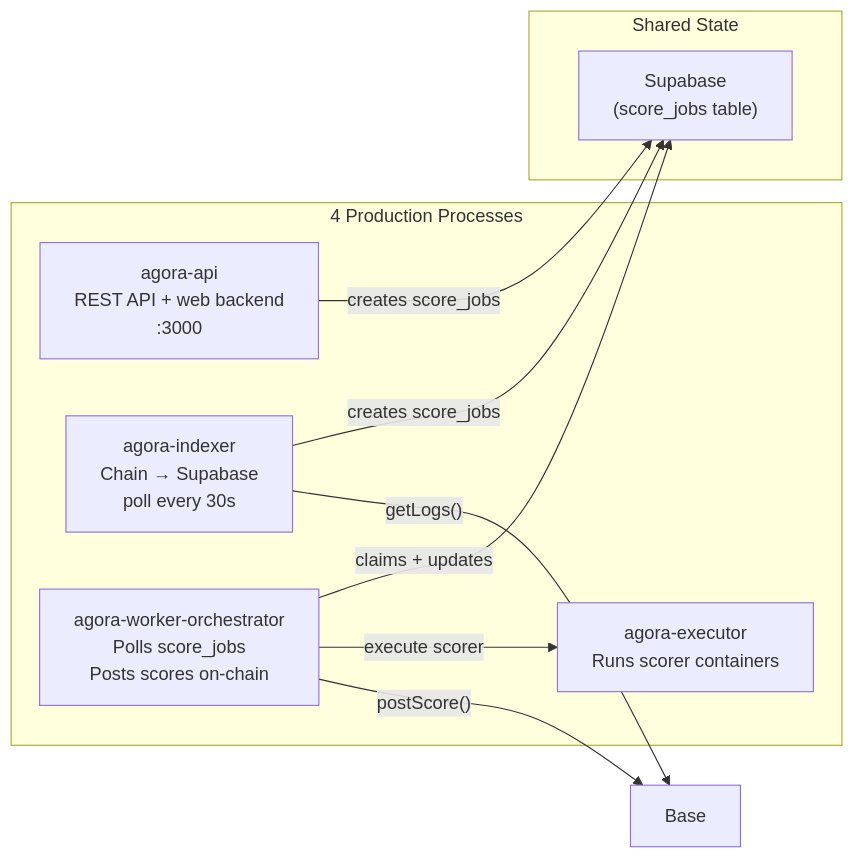
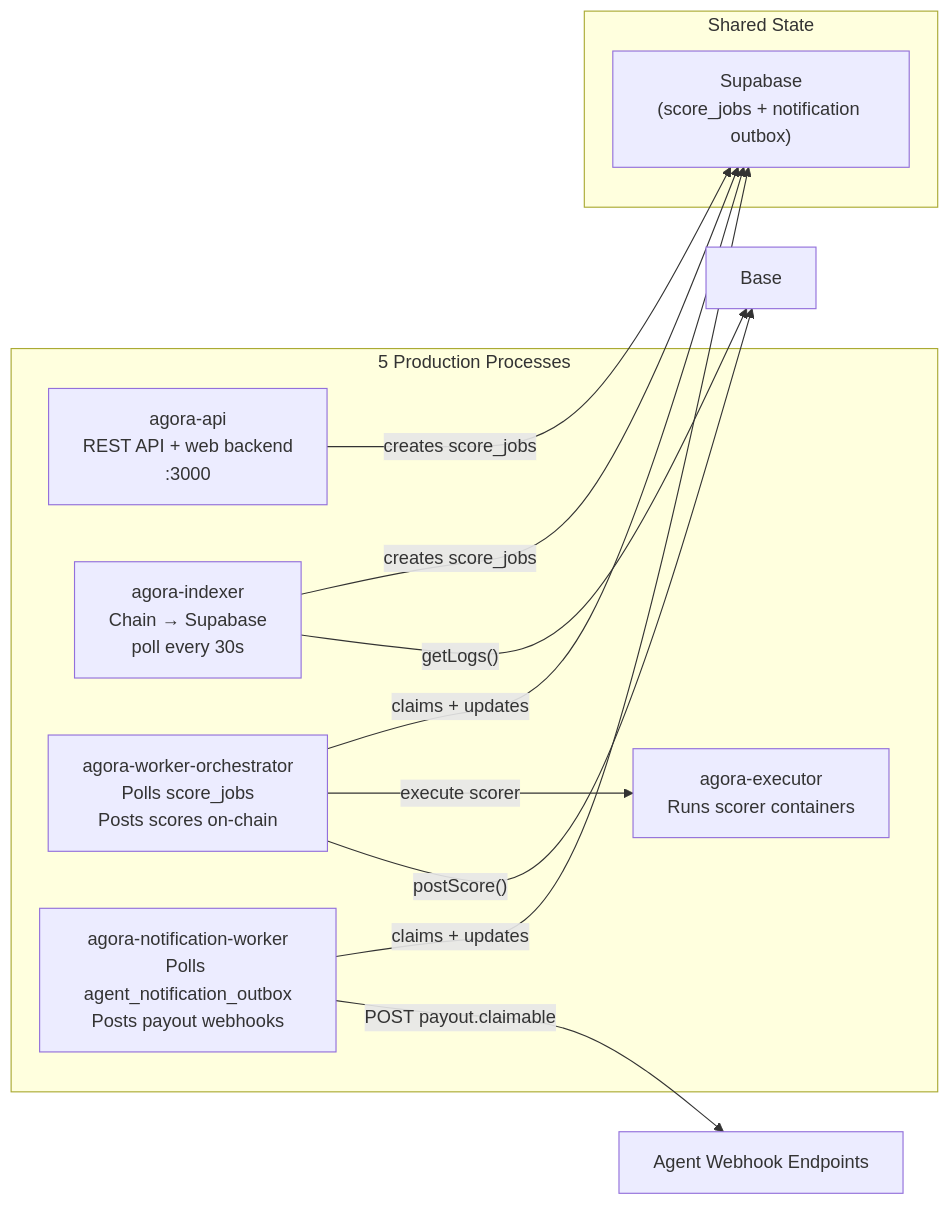
Before and after one commit to andymolecule/Hermes: the second of 3 diagrams in docs/operations.md, drawn with Mermaid. The commit also changed other lines of this file and 13 other files, not shown here.

Commit message:
Add agent payout webhook backfill and Fly notification worker

````diff
--- a/docs/operations.md
+++ b/docs/operations.md
@@ -100,21 +105,24 @@
 ```mermaid
 flowchart LR
-    subgraph Processes["4 Production Processes"]
+    subgraph Processes["5 Production Processes"]
         API["agora-api<br/>REST API + web backend<br/>:3000"]
         Idx["agora-indexer<br/>Chain → Supabase<br/>poll every 30s"]
         Worker["agora-worker-orchestrator<br/>Polls score_jobs<br/>Posts scores on-chain"]
+        Notify["agora-notification-worker<br/>Polls agent_notification_outbox<br/>Posts payout webhooks"]
         Executor["agora-executor<br/>Runs scorer containers"]
     end
 
     subgraph Shared["Shared State"]
-        DB["Supabase<br/>(score_jobs table)"]
+        DB["Supabase<br/>(score_jobs + notification outbox)"]
     end
 
     API -->|"creates score_jobs"| DB
     Idx -->|"creates score_jobs"| DB
     Worker -->|"claims + updates"| DB
+    Notify -->|"claims + updates"| DB
 
     Worker -->|"execute scorer"| Executor
     Worker -->|"postScore()"| Chain["Base"]
     Idx -->|"getLogs()"| Chain
+    Notify -->|"POST payout.claimable"| Hooks["Agent Webhook Endpoints"]
 ```
````
